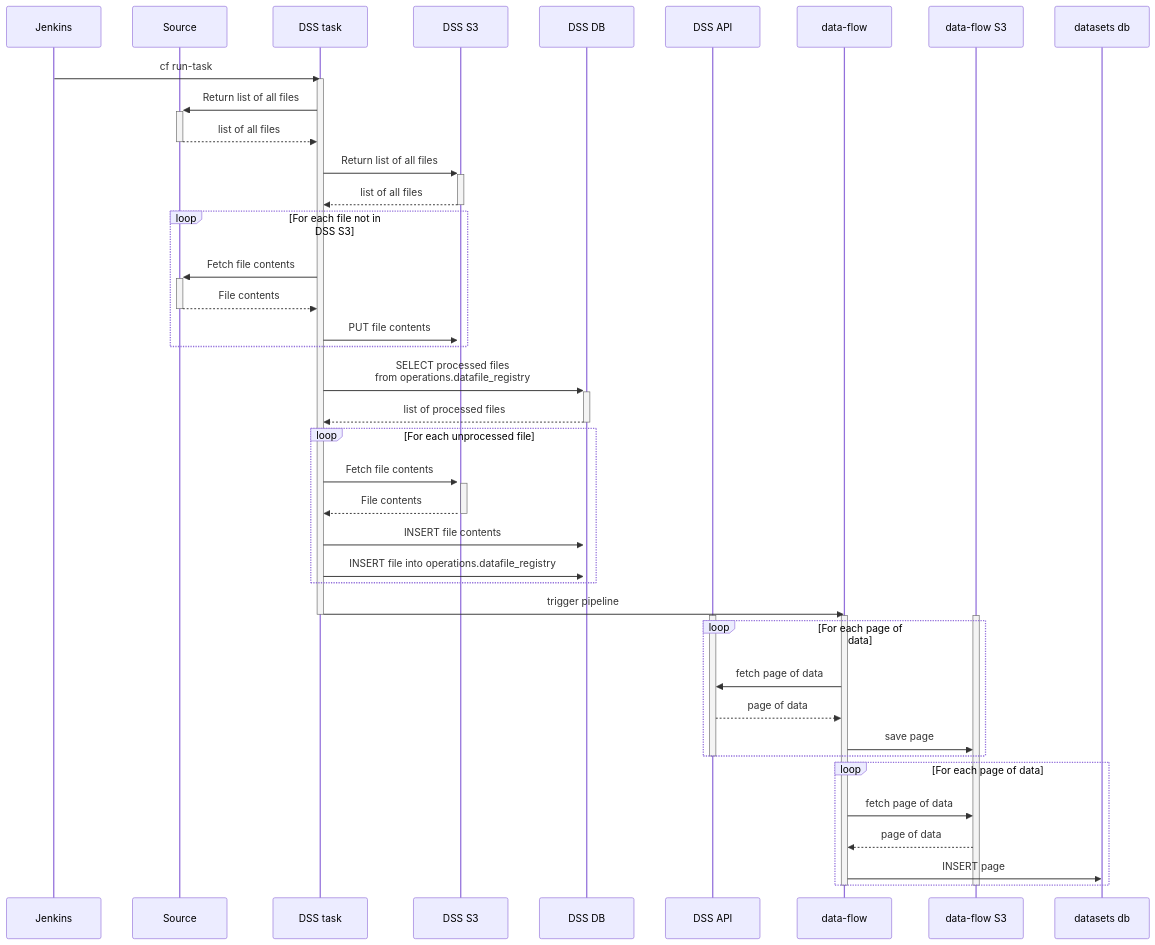
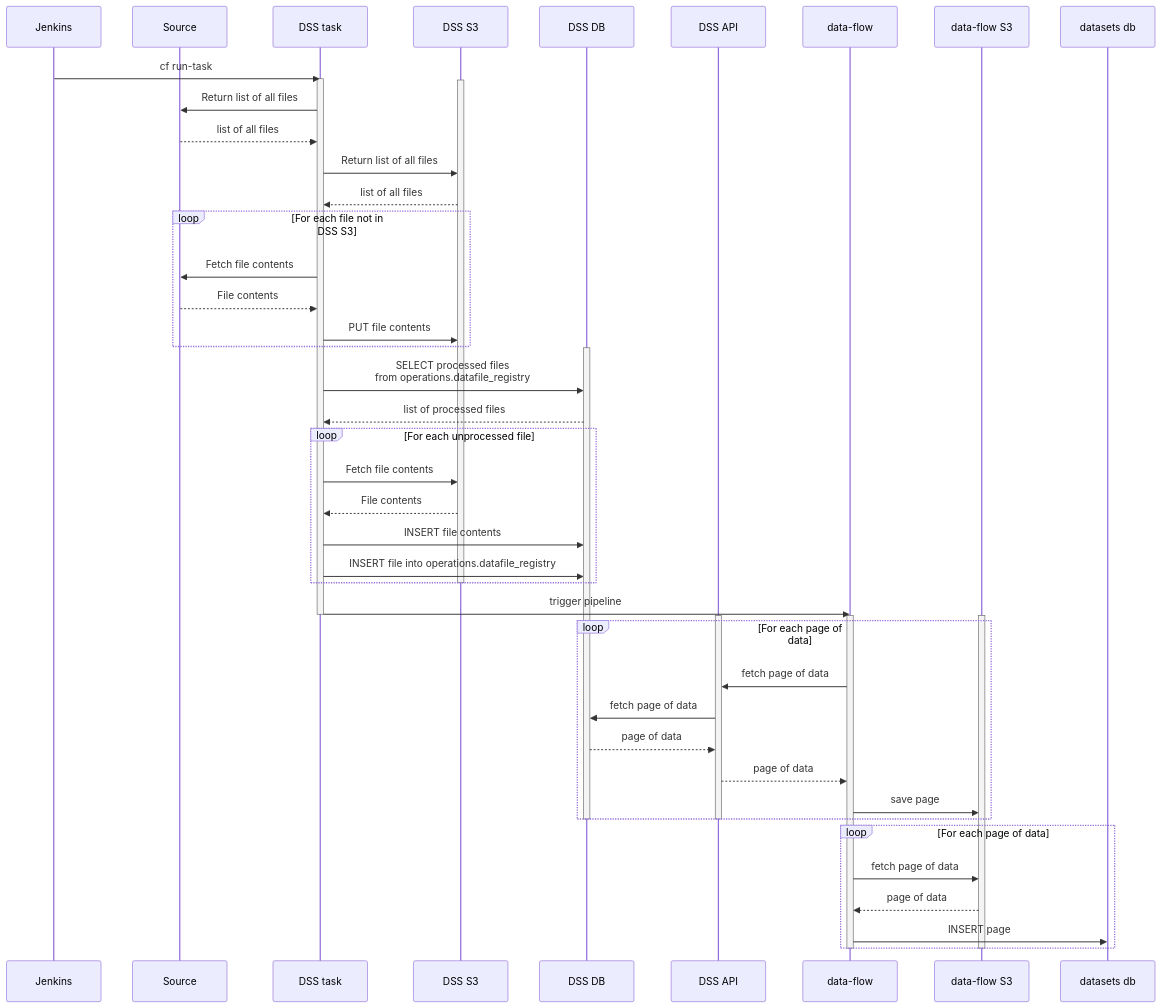
Before and after one commit to uktrade/data-store-service: the diagram in README.md, drawn with Mermaid.

Commit message:
docs: tidy activation and grouping

````diff
--- a/README.md
+++ b/README.md
@@ -10,53 +10,60 @@
 ```mermaid
 sequenceDiagram
     participant Jenkins
     participant Source
     participant DSS task
     participant DSS S3
     participant DSS DB
     participant DSS API
 
     Jenkins ->> DSS task: cf run-task
     activate DSS task
-    DSS task ->>+ Source: Return list of all files
-    Source -->>- DSS task: list of all files
-    DSS task ->>+ DSS S3: Return list of all files
-    DSS S3 -->>- DSS task: list of all files
+    activate DSS S3
+
+    DSS task ->> Source: Return list of all files
+    Source -->> DSS task: list of all files
+    DSS task ->> DSS S3: Return list of all files
+    DSS S3 -->> DSS task: list of all files
     loop For each file not in DSS S3
-      DSS task ->>+ Source: Fetch file contents
-      Source -->>- DSS task: File contents
-      DSS task ->>+ DSS S3: PUT file contents
+      DSS task ->> Source: Fetch file contents
+      Source -->> DSS task: File contents
+      DSS task ->> DSS S3: PUT file contents
     end
 
-    DSS task ->>+ DSS DB: SELECT processed files <br>from operations.datafile_registry
-    DSS DB -->>- DSS task: list of processed files
+    activate DSS DB
+    DSS task ->> DSS DB: SELECT processed files <br>from operations.datafile_registry
+    DSS DB -->> DSS task: list of processed files
 
     loop For each unprocessed file
-      DSS task ->>+ DSS S3: Fetch file contents
-      DSS S3 -->>- DSS task: File contents
-      DSS task ->>+ DSS DB: INSERT file contents
-      DSS task ->>+ DSS DB: INSERT file into operations.datafile_registry
+      DSS task ->> DSS S3: Fetch file contents
+      DSS S3 -->> DSS task: File contents
+      DSS task ->> DSS DB: INSERT file contents
+      DSS task ->> DSS DB: INSERT file into operations.datafile_registry
     end
+    deactivate DSS S3
 
     DSS task ->> data-flow: trigger pipeline
     deactivate DSS task
     activate DSS API
     activate data-flow
     activate data-flow S3
 
     loop For each page of data
        data-flow ->> DSS API: fetch page of data
+       DSS API ->> DSS DB: fetch page of data
+       DSS DB -->> DSS API: page of data
        DSS API -->> data-flow: page of data
        data-flow ->> data-flow S3: save page
     end
+    deactivate DSS DB
     deactivate DSS API
 
     loop For each page of data
        data-flow ->> data-flow S3: fetch page of data
        data-flow S3 -->> data-flow: page of data
        data-flow ->> datasets db: INSERT page
     end
 
     deactivate data-flow
     deactivate data-flow S3
 ```
````
